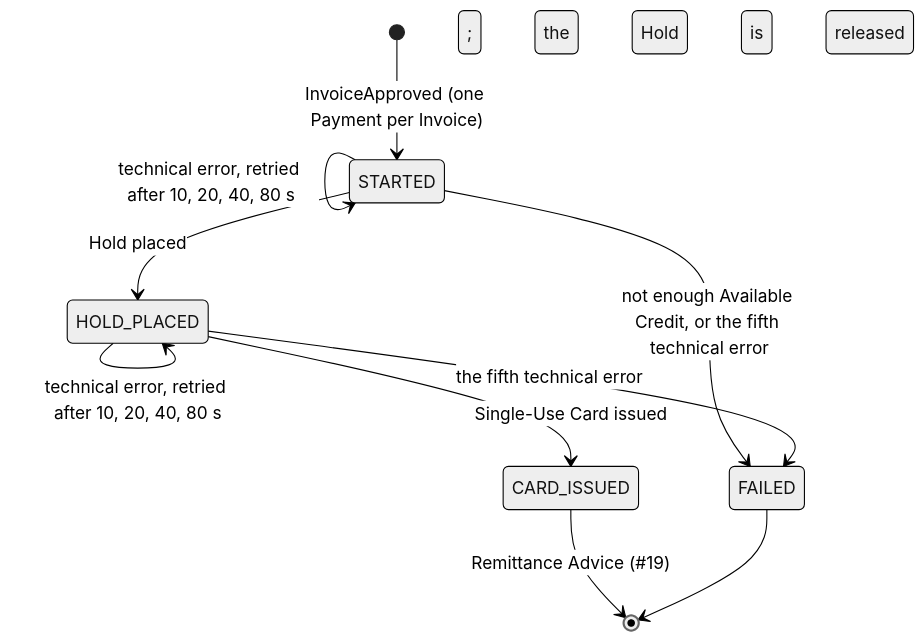
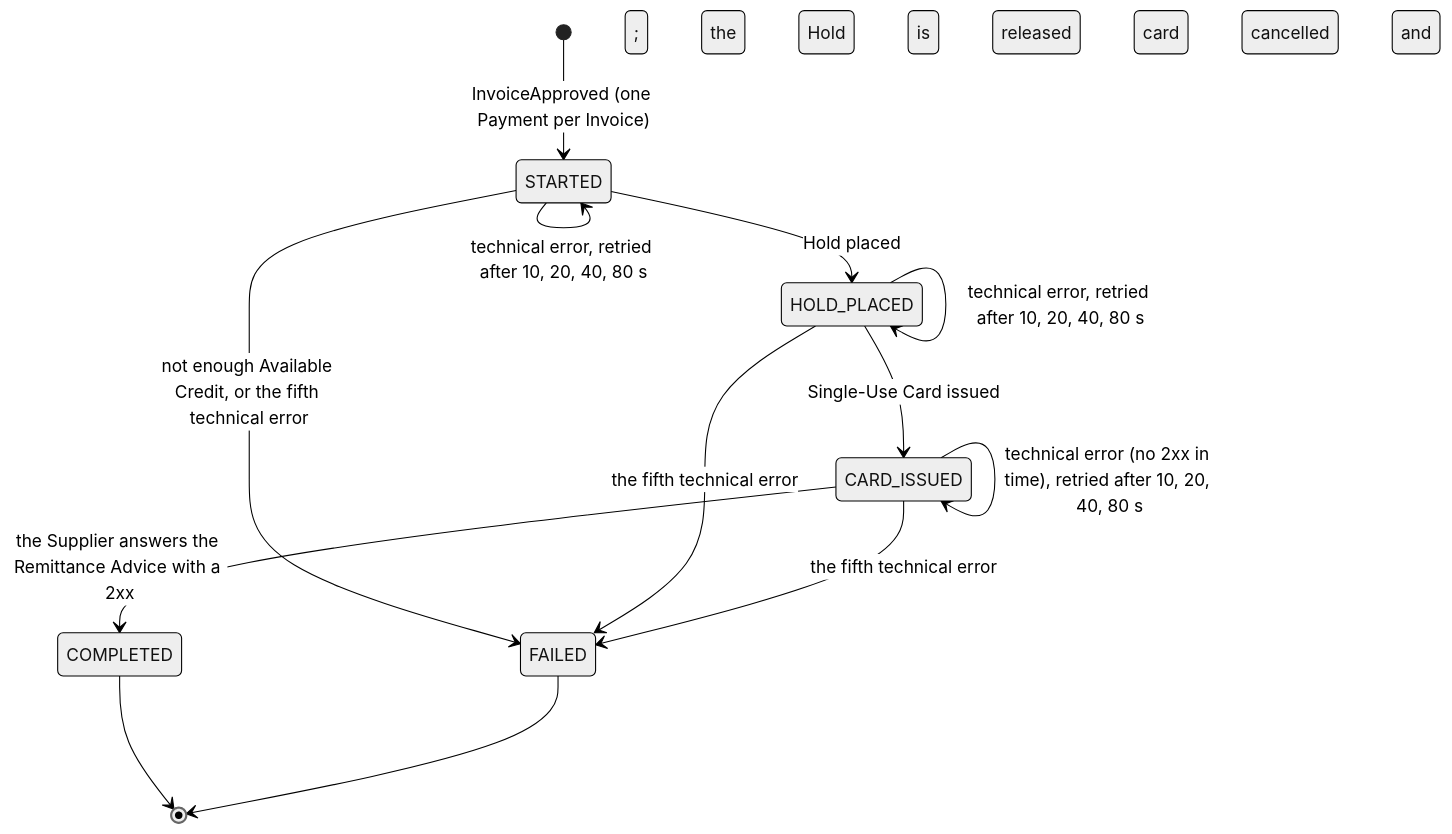
The fourth of 5 diagrams in docs/architecture.md (rgonzal92/b2b-payments-platform), drawn with Mermaid (neutral theme) before and after one commit. The commit also changed other lines of this file and 7 other files, not shown here.

First line of the commit message:
docs: describe the Remittance Advice, its one-time link and step 3's failures

````diff
--- a/docs/architecture.md
+++ b/docs/architecture.md
@@ -127,12 +128,15 @@
 ```mermaid
 stateDiagram-v2
   [*] --> STARTED: InvoiceApproved (one Payment per Invoice)
   STARTED --> STARTED: technical error, retried after 10, 20, 40, 80 s
   STARTED --> HOLD_PLACED: Hold placed
   STARTED --> FAILED: not enough Available Credit, or the fifth technical error
   HOLD_PLACED --> HOLD_PLACED: technical error, retried after 10, 20, 40, 80 s
   HOLD_PLACED --> CARD_ISSUED: Single-Use Card issued
   HOLD_PLACED --> FAILED: the fifth technical error; the Hold is released
-  CARD_ISSUED --> [*]: Remittance Advice (#19)
+  CARD_ISSUED --> CARD_ISSUED: technical error (no 2xx in time), retried after 10, 20, 40, 80 s
+  CARD_ISSUED --> COMPLETED: the Supplier answers the Remittance Advice with a 2xx
+  CARD_ISSUED --> FAILED: the fifth technical error; the card is cancelled and the Hold released
+  COMPLETED --> [*]
   FAILED --> [*]
 ```
````
